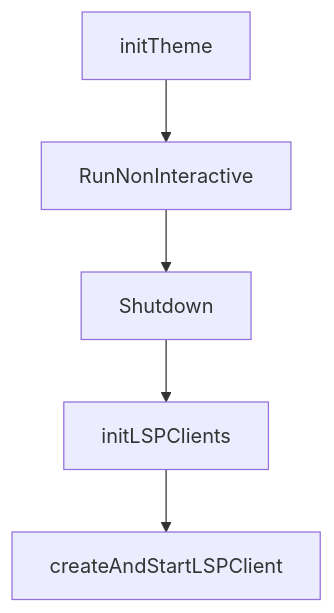
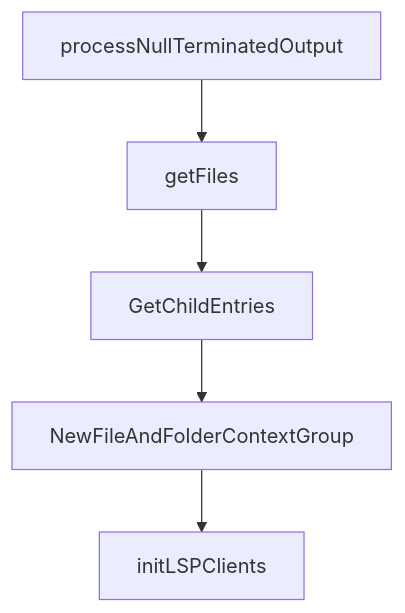
Before and after one commit to johnxie/awesome-code-docs: the diagram in tutorials/opencode-ai-legacy-tutorial/08-legacy-governance-and-controlled-sunset.md, drawn with Mermaid. The commit also changed other lines of this file and 1232 other files, not shown here.

````diff
--- a/tutorials/opencode-ai-legacy-tutorial/08-legacy-governance-and-controlled-sunset.md
+++ b/tutorials/opencode-ai-legacy-tutorial/08-legacy-governance-and-controlled-sunset.md
@@ -208,12 +181,12 @@
 ```mermaid
 flowchart TD
-    A[initTheme]
-    B[RunNonInteractive]
-    C[Shutdown]
-    D[initLSPClients]
-    E[createAndStartLSPClient]
+    A[processNullTerminatedOutput]
+    B[getFiles]
+    C[GetChildEntries]
+    D[NewFileAndFolderContextGroup]
+    E[initLSPClients]
     A --> B
     B --> C
     C --> D
     D --> E
 ```
````
